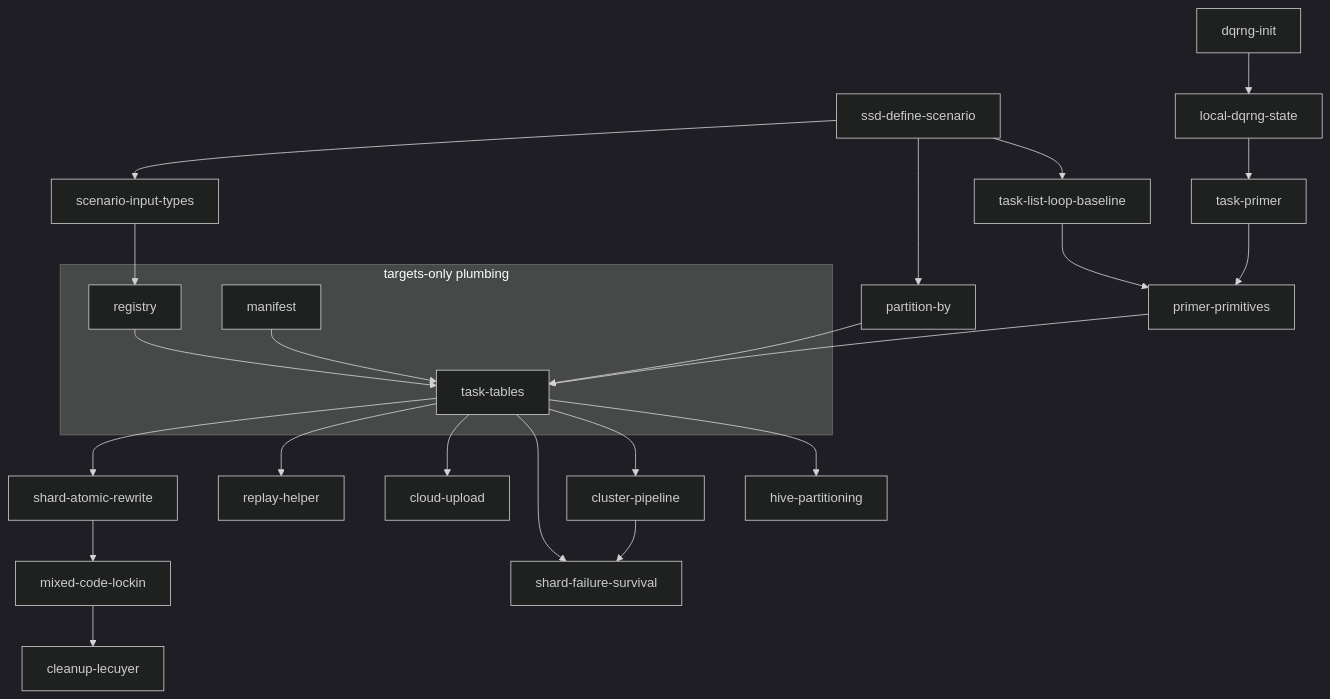
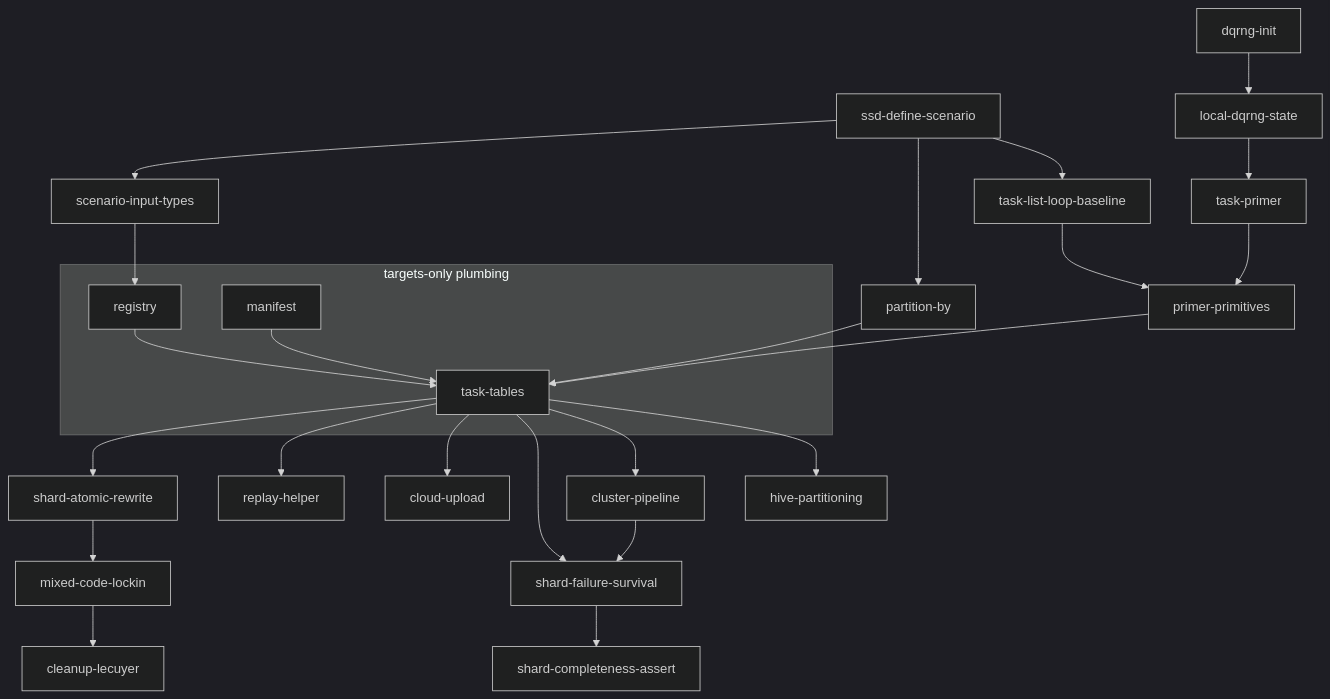
The diagram in TARGETS-DESIGN.md (poissonconsulting/ssdsims), drawn with Mermaid (dark theme) before and after one commit. The commit also changed other lines of this file, not shown here.

First line of the commit message:
docs: add tolerant shards + downstream completeness-assert target

````diff
--- a/TARGETS-DESIGN.md
+++ b/TARGETS-DESIGN.md
@@ -1909,51 +1974,53 @@
 ```mermaid
 flowchart TD
     define[ssd-define-scenario]
     inputs[scenario-input-types]
     baseline[task-list-loop-baseline]
     dqinit[dqrng-init]
     dqstate[local-dqrng-state]
     primer[task-primer]
     prims[primer-primitives]
     partby[partition-by]
 
     subgraph targets [targets-only plumbing]
         reg[registry]
         manif[manifest]
         tt[task-tables]
         reg --> tt
         manif --> tt
     end
 
     hive[hive-partitioning]
     cluster[cluster-pipeline]
     survive[shard-failure-survival]
+    assert[shard-completeness-assert]
     cloud[cloud-upload]
     replay[replay-helper]
     rewrite[shard-atomic-rewrite]
     lockin[mixed-code-lockin]
     cleanup[cleanup-lecuyer]
 
     define --> baseline
     define --> partby
     define --> inputs
     inputs --> reg
     dqinit --> dqstate
     dqstate --> primer
     baseline --> prims
     primer --> prims
 
     prims --> tt
     partby --> tt
 
     tt --> hive
     tt --> cluster
     tt --> survive
     tt --> cloud
     tt --> replay
     tt --> rewrite
 
+    survive --> assert
     cluster --> survive
     rewrite --> lockin
     lockin --> cleanup
 ```
````
